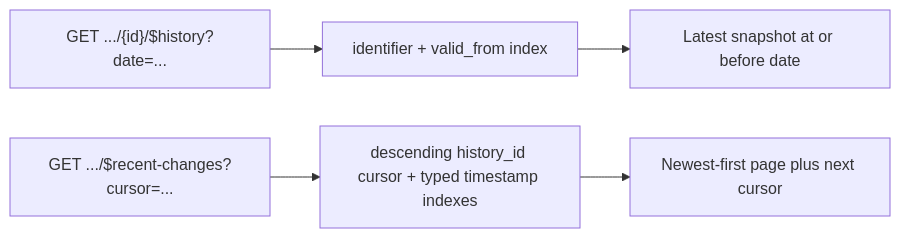
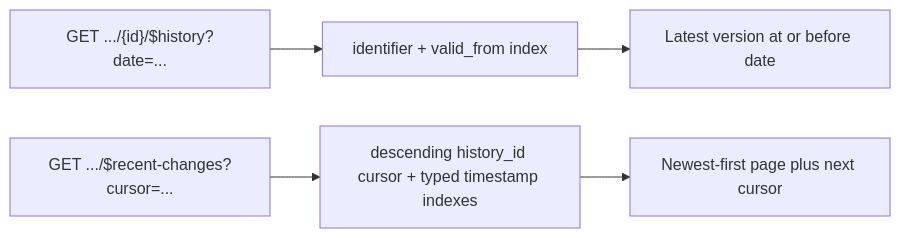
The third of 3 diagrams in docu/developer/aas_v3_2_runtime.md (eclipse-basyx/basyx-go-components), drawn with Mermaid before and after one commit. The commit also changed other lines of this file and 52 other files, not shown here.

````diff
--- a/docu/developer/aas_v3_2_runtime.md
+++ b/docu/developer/aas_v3_2_runtime.md
@@ -277,7 +275,7 @@
 ```mermaid
 flowchart LR
     Historical["GET .../{id}/$history?date=..."] --> Validity["identifier + valid_from index"]
-    Validity --> Snapshot["Latest snapshot at or before date"]
+    Validity --> Snapshot["Latest version at or before date"]
     Recent["GET .../$recent-changes?cursor=..."] --> Cursor["descending history_id cursor + typed timestamp indexes"]
     Cursor --> Page["Newest-first page plus next cursor"]
 ```
````
